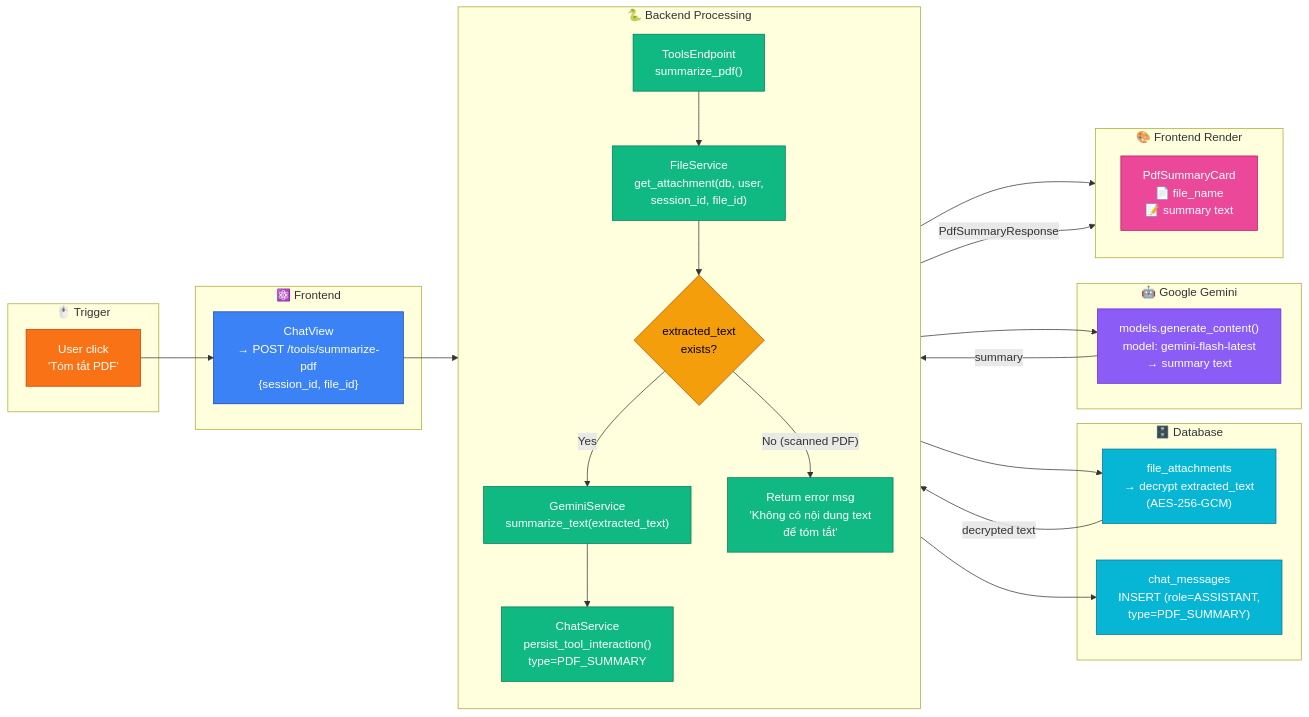
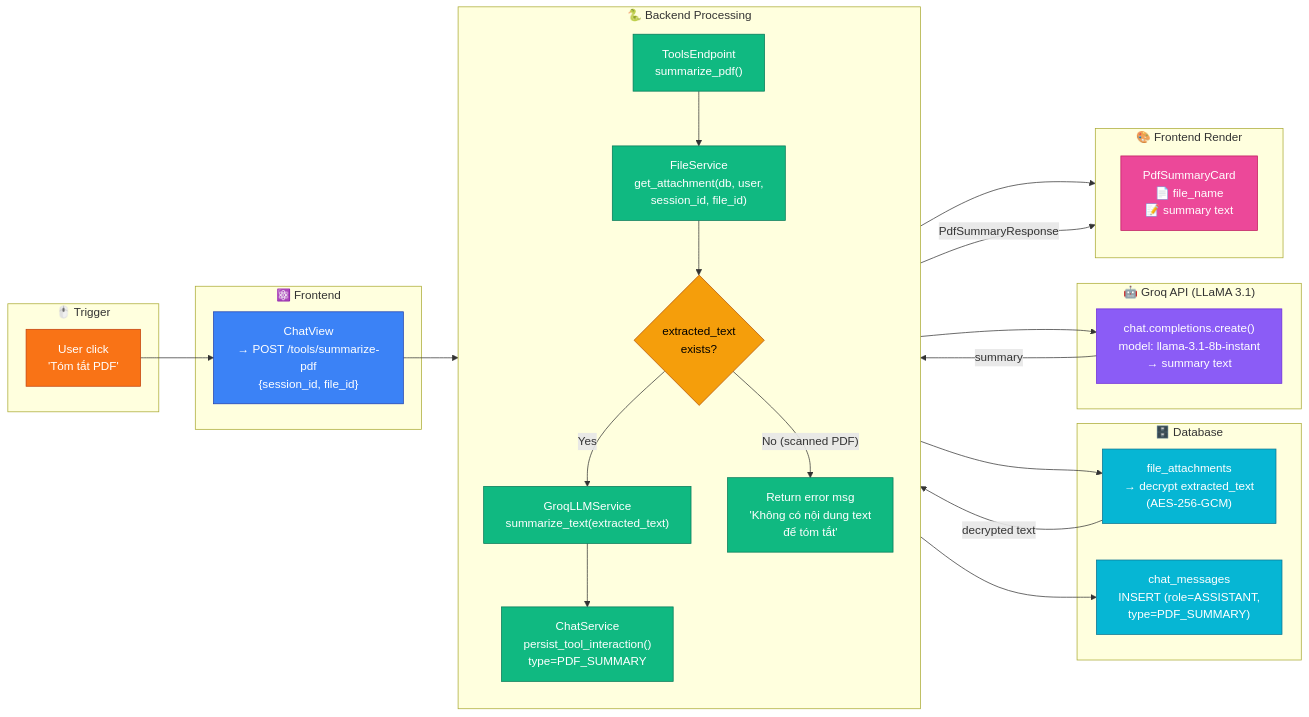
Before and after one commit to Nhan-Laptop/NT208.Q21.ANTN: the eighth of 29 diagrams in architecture.md, drawn with Mermaid. The commit also changed other lines of this file and 16 other files, not shown here.

First line of the commit message:
docs: update architecture, README, CLAUDE.md — Groq + ChromaDB migration (Session 17)

````diff
--- a/architecture.md
+++ b/architecture.md
@@ -609,64 +619,64 @@
 ```mermaid
 graph LR
     subgraph TRIGGER["🖱️ Trigger"]
         User["User click<br/>'Tóm tắt PDF'"]
     end
 
     subgraph FRONTEND_FLOW["⚛️ Frontend"]
         FE1["ChatView<br/>→ POST /tools/summarize-pdf<br/>{session_id, file_id}"]
     end
 
     subgraph BACKEND_FLOW["🐍 Backend Processing"]
         direction TB
         T1["ToolsEndpoint<br/>summarize_pdf()"]
         T2["FileService<br/>get_attachment(db, user,<br/>session_id, file_id)"]
         T3{"extracted_text<br/>exists?"}
-        T4["GeminiService<br/>summarize_text(extracted_text)"]
+        T4["GroqLLMService<br/>summarize_text(extracted_text)"]
         T5["Return error msg<br/>'Không có nội dung text<br/>để tóm tắt'"]
         T6["ChatService<br/>persist_tool_interaction()<br/>type=PDF_SUMMARY"]
 
         T1 --> T2 --> T3
         T3 -->|"Yes"| T4
         T3 -->|"No (scanned PDF)"| T5
         T4 --> T6
     end
 
     subgraph DB_LAYER["🗄️ Database"]
         DB1["file_attachments<br/>→ decrypt extracted_text<br/>(AES-256-GCM)"]
         DB2["chat_messages<br/>INSERT (role=ASSISTANT,<br/>type=PDF_SUMMARY)"]
     end
 
-    subgraph GEMINI["🤖 Google Gemini"]
-        GEM["models.generate_content()<br/>model: gemini-flash-latest<br/>→ summary text"]
+    subgraph GROQ_API["🤖 Groq API (LLaMA 3.1)"]
+        GEM["chat.completions.create()<br/>model: llama-3.1-8b-instant<br/>→ summary text"]
     end
 
     subgraph RENDER["🎨 Frontend Render"]
         Card["PdfSummaryCard<br/>📄 file_name<br/>📝 summary text"]
     end
 
     User --> FE1
     FE1 --> T1
     T2 --> DB1
     DB1 -->|"decrypted text"| T3
     T4 --> GEM
     GEM -->|"summary"| T4
     T6 --> DB2
     T5 --> RENDER
     T6 -->|"PdfSummaryResponse"| RENDER
 
     classDef trigger fill:#f97316,color:#fff,stroke:#c2410c
     classDef frontend fill:#3b82f6,color:#fff,stroke:#1e40af
     classDef backend fill:#10b981,color:#fff,stroke:#047857
     classDef db fill:#06b6d4,color:#fff,stroke:#0e7490
-    classDef gemini fill:#8b5cf6,color:#fff,stroke:#6d28d9
+    classDef groq fill:#8b5cf6,color:#fff,stroke:#6d28d9
     classDef render fill:#ec4899,color:#fff,stroke:#be185d
     classDef decision fill:#f59e0b,color:#000,stroke:#b45309
 
     class User trigger
     class FE1 frontend
     class T1,T2,T4,T5,T6 backend
     class DB1,DB2 db
-    class GEM gemini
+    class GEM groq
     class Card render
     class T3 decision
 ```
````
